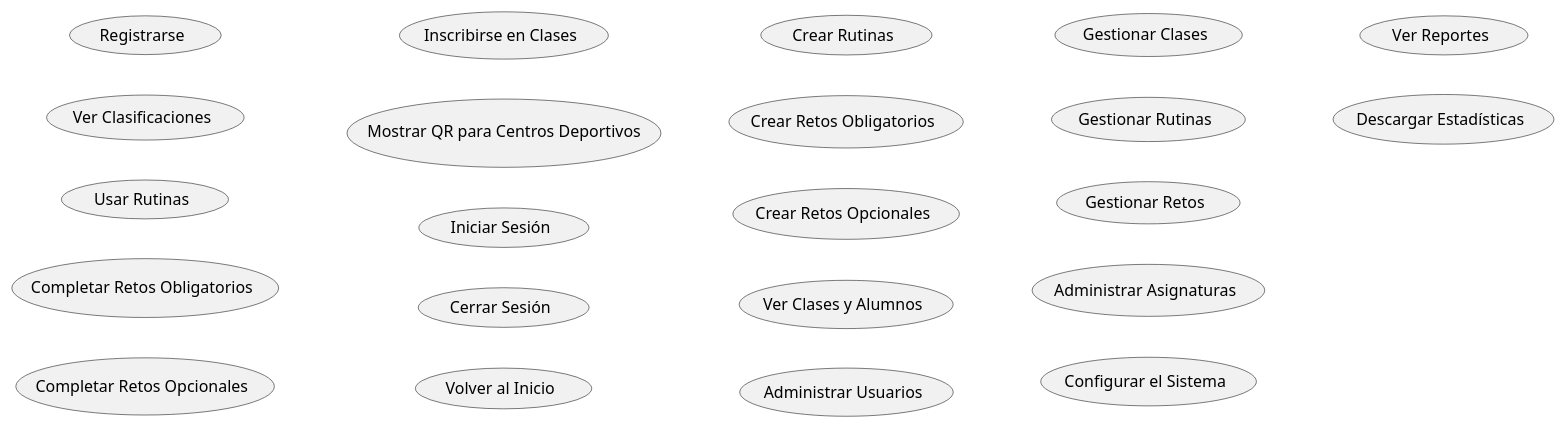
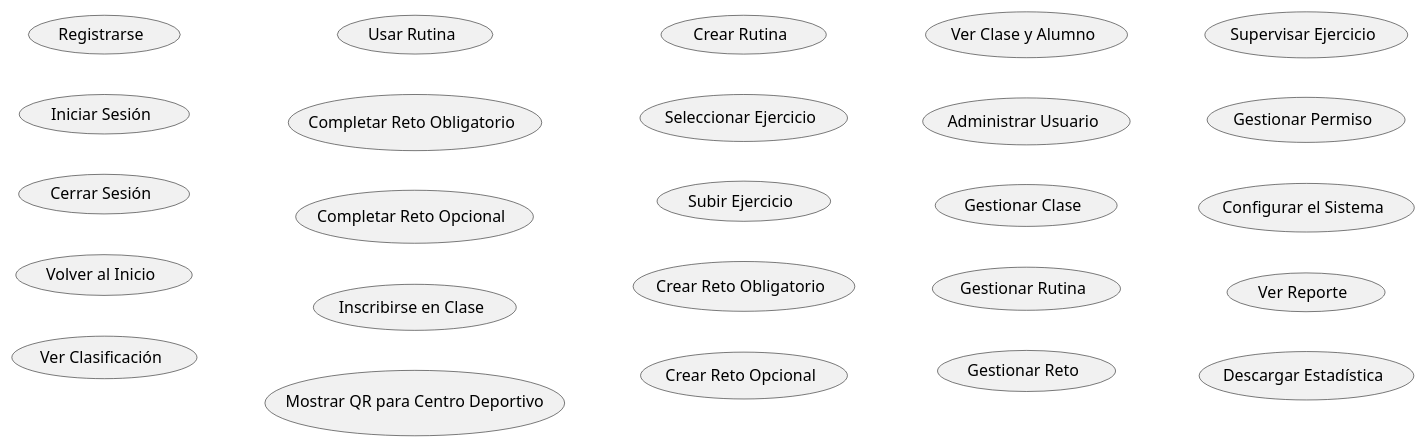
One commit to mmasias/24-25-IdSw1-SDR changed the diagram in Documentos/CasosUso/CasosUso.puml. Above: the diagram before and after it, drawn with PlantUML.

Commit message:
singular

```diff
--- a/Documentos/CasosUso/CasosUso.puml
+++ b/Documentos/CasosUso/CasosUso.puml
@@ -1,30 +1,35 @@
 @startuml
 left to right direction
 
 usecase "Registrarse" as Registrarse
 
-usecase "Ver Clasificaciones" as VerClasificaciones
-usecase "Usar Rutinas" as UsarRutinas
-usecase "Completar Retos Obligatorios" as CompletarRetosObligatorios
-usecase "Completar Retos Opcionales" as CompletarRetosOpcionales
-usecase "Inscribirse en Clases" as InscribirseClases
-usecase "Mostrar QR para Centros Deportivos" as UsarQR
 usecase "Iniciar Sesión" as IniciarSesion
 usecase "Cerrar Sesión" as CerrarSesion
 usecase "Volver al Inicio" as VolverInicio
 
-usecase "Crear Rutinas" as CrearRutinas
-usecase "Crear Retos Obligatorios" as CrearRetosObligatorios
-usecase "Crear Retos Opcionales" as CrearRetosOpcionales
-usecase "Ver Clases y Alumnos" as VerClasesAlumnos
+usecase "Ver Clasificación" as VerClasificacion
+usecase "Usar Rutina" as UsarRutina
+usecase "Completar Reto Obligatorio" as CompletarRetoObligatorio
+usecase "Completar Reto Opcional" as CompletarRetoOpcional
+usecase "Inscribirse en Clase" as InscribirseClase
+usecase "Mostrar QR para Centro Deportivo" as UsarQR
+usecase "Crear Rutina" as CrearRutinaPersonalizada
+usecase "Seleccionar Ejercicio" as SeleccionarEjercicio
 
-usecase "Administrar Usuarios" as AdministrarUsuarios
-usecase "Gestionar Clases" as GestionarClases
-usecase "Gestionar Rutinas" as GestionarRutinas
-usecase "Gestionar Retos" as GestionarRetos
-usecase "Administrar Asignaturas" as AdministrarAsignaturas
+usecase "Subir Ejercicio" as SubirEjercicio
+usecase "Crear Reto Obligatorio" as CrearRetoObligatorio
+usecase "Crear Reto Opcional" as CrearRetoOpcional
+usecase "Ver Clase y Alumno" as VerClaseAlumno
+
+usecase "Administrar Usuario" as AdministrarUsuario
+usecase "Gestionar Clase" as GestionarClase
+usecase "Gestionar Rutina" as GestionarRutina
+usecase "Gestionar Reto" as GestionarReto
+usecase "Supervisar Ejercicio" as SupervisarEjercicio
+usecase "Gestionar Permiso" as GestionarPermiso
 usecase "Configurar el Sistema" as ConfigurarSistema
-usecase "Ver Reportes" as VerReportes
-usecase "Descargar Estadísticas" as DescargarEstadisticas
+usecase "Ver Reporte" as VerReporte
+usecase "Descargar Estadística" as DescargarEstadistica
+
 
 @enduml
```
